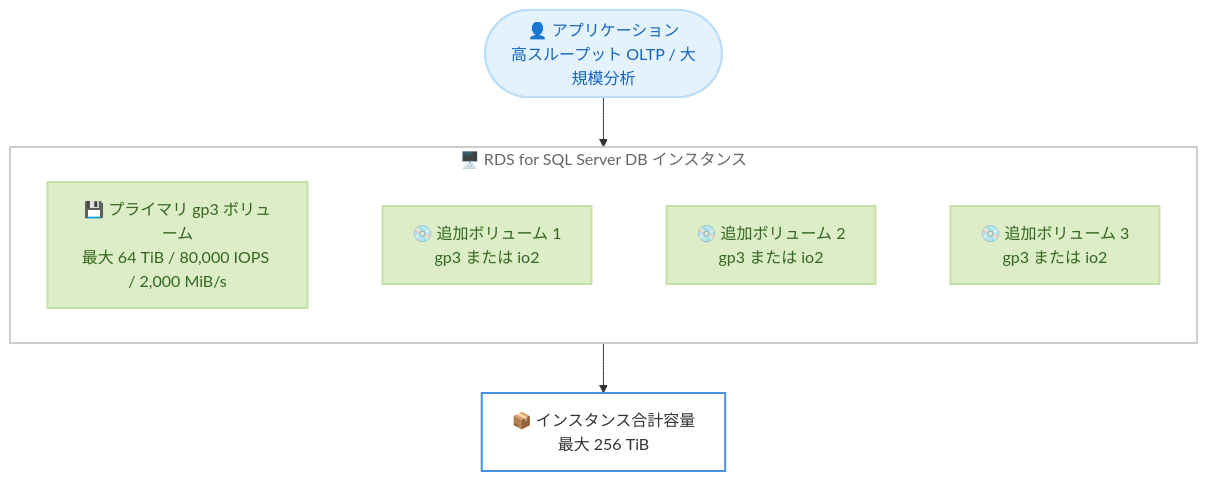
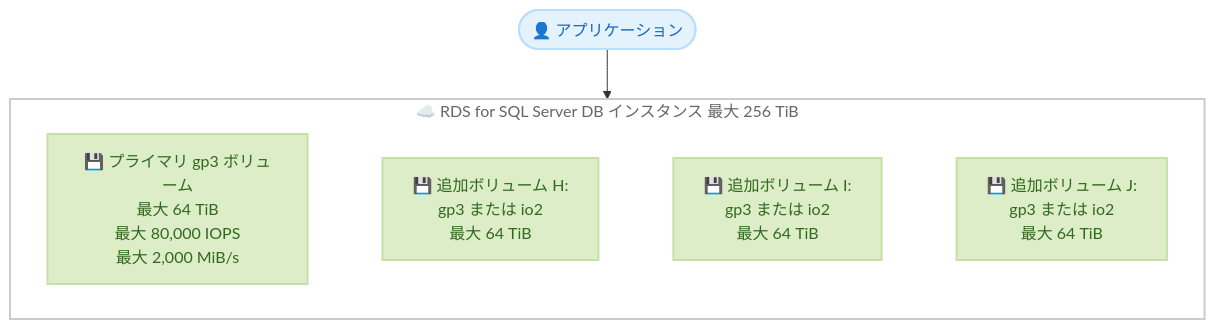
One commit to takech9203/aws-news-summary changed the diagram in reports/2026/2026-06-18-rds-sqlserver-increases-gp3-limits.md. Above: the diagram before and after it, drawn with Mermaid. The commit also changed other lines of this file and 27 other files, not shown here.

````diff
--- a/reports/2026/2026-06-18-rds-sqlserver-increases-gp3-limits.md
+++ b/reports/2026/2026-06-18-rds-sqlserver-increases-gp3-limits.md
@@ -33,24 +31,21 @@
 ```mermaid
 flowchart TD
-    subgraph Instance["🖥️ RDS for SQL Server DB インスタンス"]
+    subgraph Instance["☁️ RDS for SQL Server DB インスタンス 最大 256 TiB"]
         direction LR
-        Primary["💾 プライマリ gp3 ボリューム<br/>最大 64 TiB / 80,000 IOPS / 2,000 MiB/s"]
-        Add1["💿 追加ボリューム 1<br/>gp3 または io2"]
-        Add2["💿 追加ボリューム 2<br/>gp3 または io2"]
-        Add3["💿 追加ボリューム 3<br/>gp3 または io2"]
+        Primary["💾 プライマリ gp3 ボリューム<br/>最大 64 TiB<br/>最大 80,000 IOPS<br/>最大 2,000 MiB/s"]
+        Add1["💾 追加ボリューム H:<br/>gp3 または io2<br/>最大 64 TiB"]
+        Add2["💾 追加ボリューム I:<br/>gp3 または io2<br/>最大 64 TiB"]
+        Add3["💾 追加ボリューム J:<br/>gp3 または io2<br/>最大 64 TiB"]
         Primary ~~~ Add1 ~~~ Add2 ~~~ Add3
     end
 
-    App(["👤 アプリケーション<br/>高スループット OLTP / 大規模分析"]) --> Instance
-    Instance --> Total["📦 インスタンス合計容量<br/>最大 256 TiB"]
+    App(["👤 アプリケーション"]) --> Instance
 
-    classDef instance fill:none,stroke:#CCCCCC,stroke-width:2px,color:#666666
+    classDef cloud fill:none,stroke:#CCCCCC,stroke-width:2px,color:#666666
     classDef storage fill:#DCEDC8,stroke:#C5E1A5,stroke-width:2px,color:#33691E
     classDef user fill:#E3F2FD,stroke:#BBDEFB,stroke-width:2px,color:#1565C0
-    classDef process fill:#FFFFFF,stroke:#4A90E2,stroke-width:2px,color:#333333
 
-    class Instance instance
+    class Instance cloud
     class Primary,Add1,Add2,Add3 storage
     class App user
-    class Total process
 ```
````
